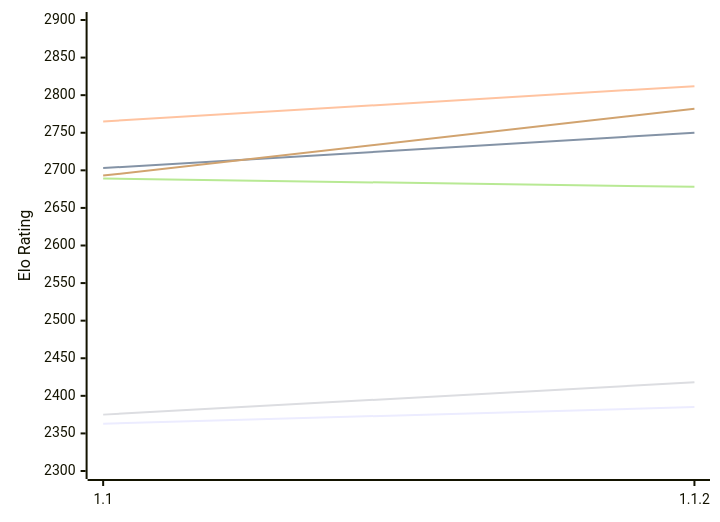
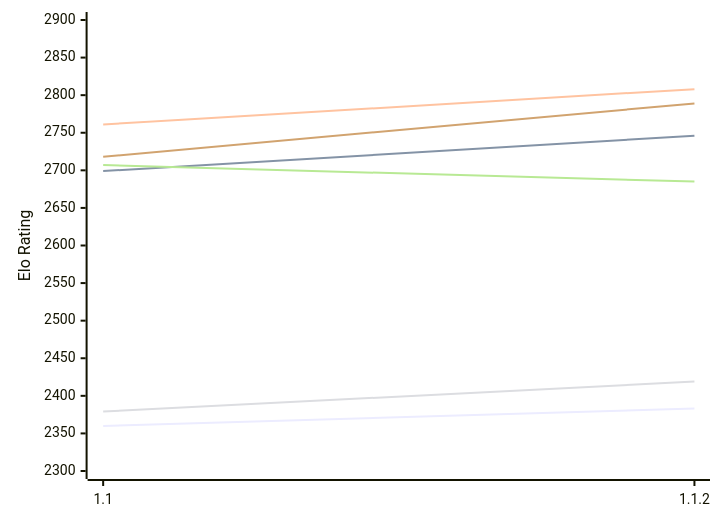
The first of 2 diagrams in engines/Casanchess.md (computer-chess-index/cci), drawn with Mermaid before and after one commit. The commit also changed other lines of this file, not shown here.

Commit message:
Update CCI Ratings (ELO VLTC) - 2026-11-21

````diff
--- a/engines/Casanchess.md
+++ b/engines/Casanchess.md
@@ -51,12 +51,12 @@
 ```mermaid
 %%{init: {"theme":"base","themeVariables":{"seriesColors:['#a3a3a3','#222221','#faa371']}}}%%
 xychart-beta
   x-axis ["1.1", "1.1.2"]
   y-axis "Elo Rating" 2300 --> 2900
-  line "E1: STC (8.0+0.08s)" [2363, 2385]
-  line "E1: LTC (60.0+0.60s)" [2703, 2750]
-  line "E1: VLTC (2m24s+1.12s)" [2765, 2812]
-  line "P1: STC (8.0+0.08s)" [2375, 2418]
-  line "P1: LTC (60.0+0.60s)" [2689, 2678]
-  line "P1: VLTC (2m24s+1.12s)" [2693, 2782]
+  line "E1: STC (8.0+0.08s)" [2360, 2383]
+  line "E1: LTC (60.0+0.60s)" [2699, 2746]
+  line "E1: VLTC (2m24s+1.12s)" [2761, 2808]
+  line "P1: STC (8.0+0.08s)" [2379, 2419]
+  line "P1: LTC (60.0+0.60s)" [2707, 2685]
+  line "P1: VLTC (2m24s+1.12s)" [2718, 2789]
 ```
````
